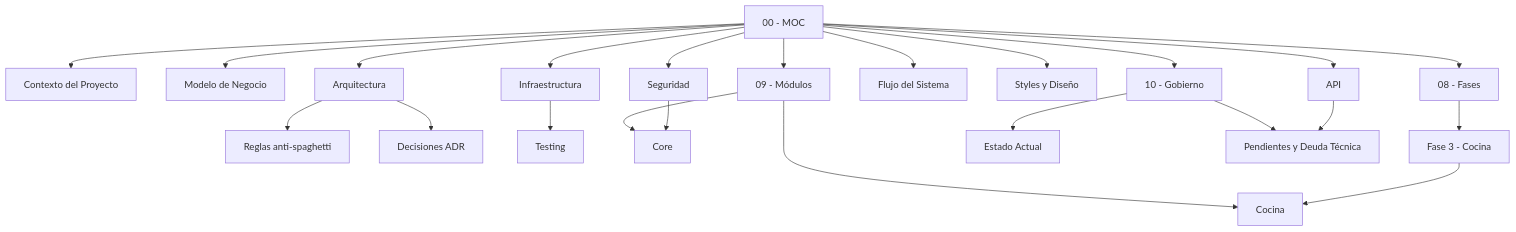
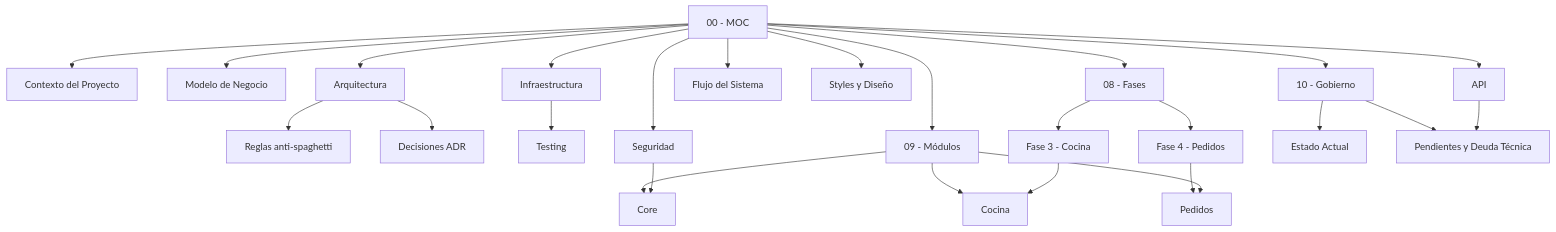
One commit to Giands96/servidOS-front changed the diagram in notes/00 - MOC.md. Above: the diagram before and after it, drawn with Mermaid. The commit also changed other lines of this file and 29 other files, not shown here.

````diff
--- a/notes/00 - MOC.md
+++ b/notes/00 - MOC.md
@@ -55,25 +58,28 @@
 ```mermaid
 graph TD
     MOC[00 - MOC] --> Ctx[Contexto del Proyecto]
     MOC --> Neg[Modelo de Negocio]
     MOC --> Arq[Arquitectura]
     Arq --> Anti[Reglas anti-spaghetti]
     Arq --> ADR[Decisiones ADR]
     MOC --> Infra[Infraestructura]
     Infra --> Test[Testing]
     MOC --> Seg[Seguridad]
     MOC --> API[API]
     MOC --> Flujo[Flujo del Sistema]
     MOC --> Sty[Styles y Diseño]
     MOC --> Fases[08 - Fases]
     MOC --> Mods[09 - Módulos]
     Mods --> Core
     Mods --> Cocina
     Fases --> F3[Fase 3 - Cocina]
     F3 --> Cocina
+    Fases --> F4[Fase 4 - Pedidos]
+    F4 --> Pedidos
+    Mods --> Pedidos
     MOC --> Gob[10 - Gobierno]
     Gob --> Estado[Estado Actual]
     Gob --> Pend[Pendientes y Deuda Técnica]
     Seg --> Core
     API --> Pend
 ```
````
